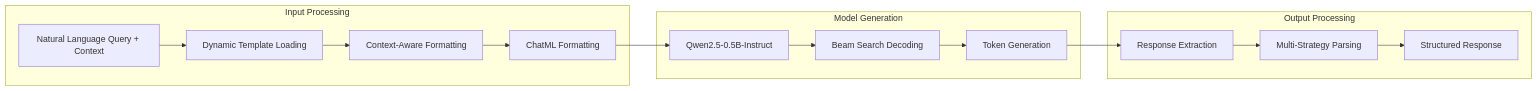
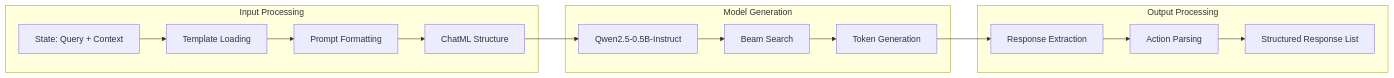
Before and after one commit to Psilocybin2K/qwen-rl: the third of 7 diagrams in README.md, drawn with Mermaid. The commit also changed other lines of this file, not shown here.

````diff
--- a/README.md
+++ b/README.md
@@ -132,20 +126,20 @@
 ```mermaid
 graph LR
     subgraph "Input Processing"
-        A[Natural Language Query + Context] --> B[Dynamic Template Loading]
-        B --> C[Context-Aware Formatting]
-        C --> D[ChatML Formatting]
+        A[State: Query + Context] --> B[Template Loading]
+        B --> C[Prompt Formatting]
+        C --> D[ChatML Structure]
     end
     
     subgraph "Model Generation"
         D --> E[Qwen2.5-0.5B-Instruct]
-        E --> F[Beam Search Decoding]
+        E --> F[Beam Search]
         F --> G[Token Generation]
     end
     
     subgraph "Output Processing"
         G --> H[Response Extraction]
-        H --> I[Multi-Strategy Parsing]
-        I --> J[Structured Response]
+        H --> I[Action Parsing]
+        I --> J[Structured Response List]
     end
 ```
````
